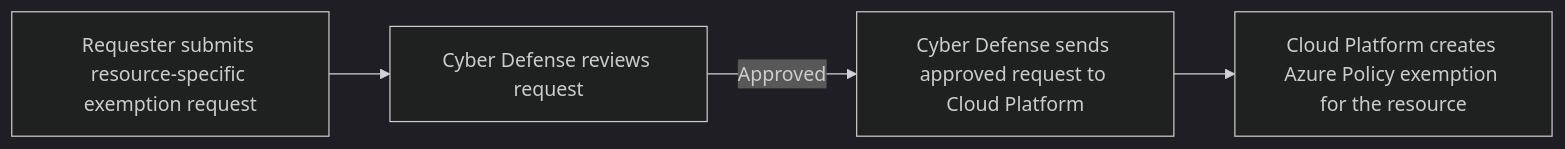
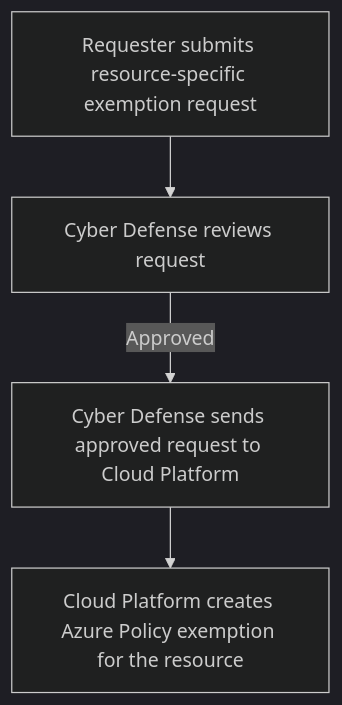
One commit to santosrodriguez/cloud-platform-documentation changed the diagram in security/public-access-exemption-process.md. Above: the diagram before and after it, drawn with Mermaid (dark theme). The commit also changed 9 other files, not shown here.

Commit message:
Add focused Mermaid diagrams

````diff
--- a/security/public-access-exemption-process.md
+++ b/security/public-access-exemption-process.md
@@ -22,6 +22,6 @@
 ```mermaid
-flowchart LR
+flowchart TD
     Request["Requester submits resource-specific exemption request"] --> Review["Cyber Defense reviews request"]
     Review -->|Approved| Handoff["Cyber Defense sends approved request to Cloud Platform"]
     Handoff --> Exemption["Cloud Platform creates Azure Policy exemption for the resource"]
 ```
````
